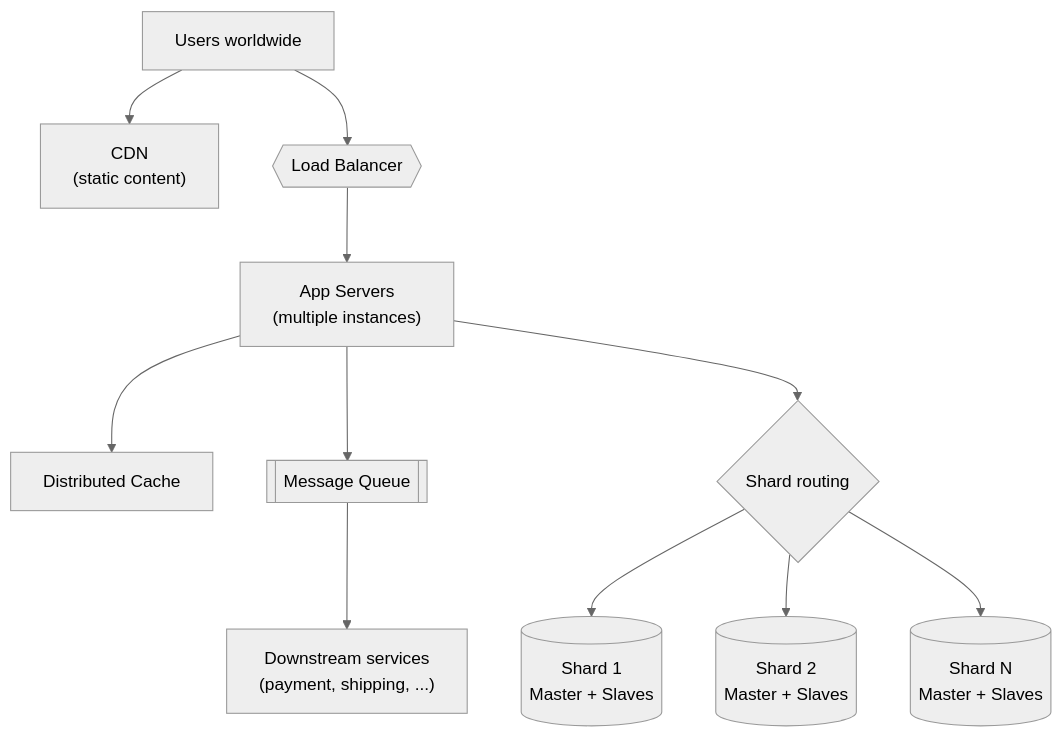
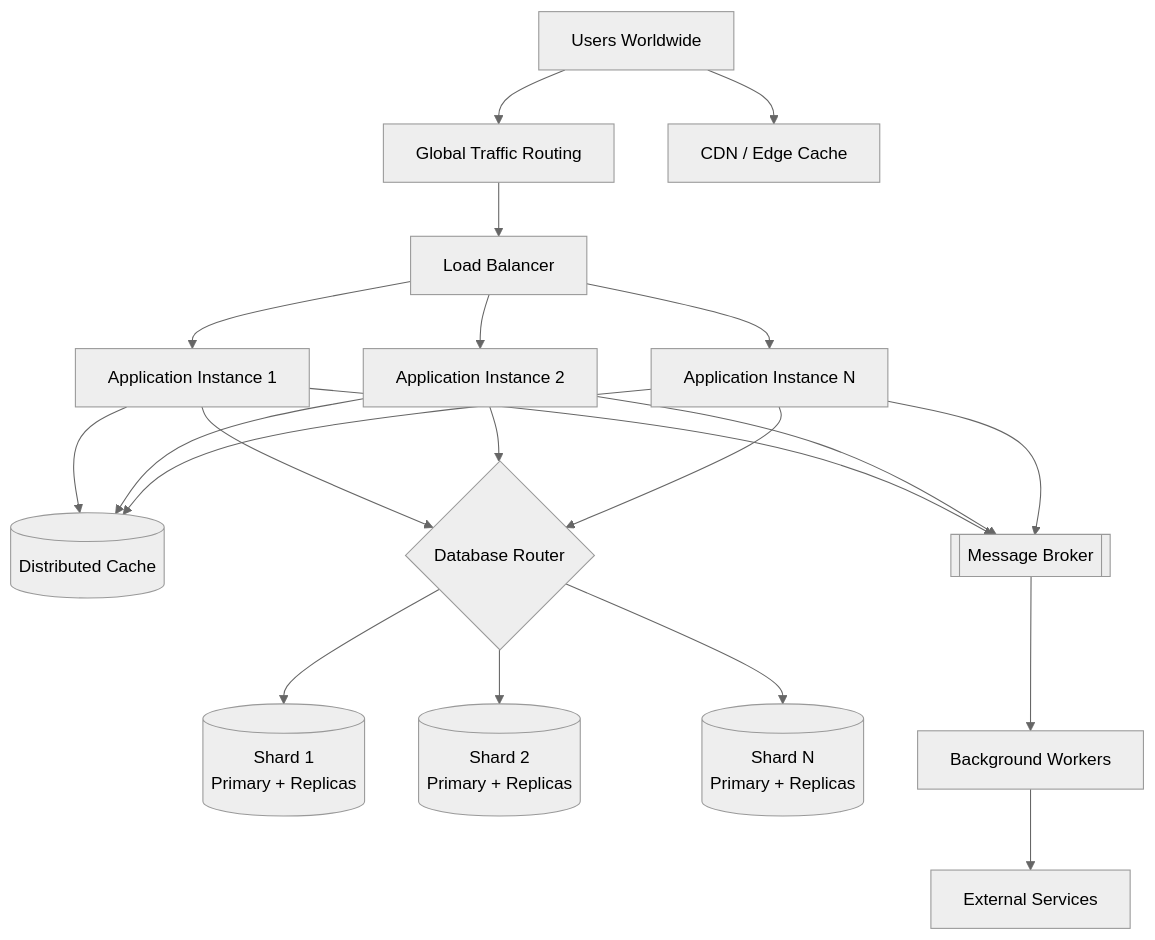
Before and after one commit to HARRISAMIN432/system-design-hld: diagram 18 of 18 in 07_scaling_application_from_one_to_million_users/README.md, drawn with Mermaid (neutral theme). The commit also changed other lines of this file and 11 other files, not shown here.

````diff
--- a/07_scaling_application_from_one_to_million_users/README.md
+++ b/07_scaling_application_from_one_to_million_users/README.md
@@ -396,13 +1431,29 @@
 ```mermaid
 flowchart TB
-    User["Users worldwide"] --> CDN["CDN<br/>(static content)"]
-    User --> LB{{"Load Balancer"}}
-    LB --> App["App Servers<br/>(multiple instances)"]
-    App --> Cache["Distributed Cache"]
-    App --> Q[["Message Queue"]]
-    Q --> Svc["Downstream services<br/>(payment, shipping, ...)"]
-    App --> Router{"Shard routing"}
-    Router --> Sh1[("Shard 1<br/>Master + Slaves")]
-    Router --> Sh2[("Shard 2<br/>Master + Slaves")]
-    Router --> ShN[("Shard N<br/>Master + Slaves")]
+    U["Users Worldwide"] --> DNS["Global Traffic Routing"]
+    U --> CDN["CDN / Edge Cache"]
+
+    DNS --> LB["Load Balancer"]
+    LB --> A1["Application Instance 1"]
+    LB --> A2["Application Instance 2"]
+    LB --> A3["Application Instance N"]
+
+    A1 --> K[("Distributed Cache")]
+    A2 --> K
+    A3 --> K
+
+    A1 --> R{"Database Router"}
+    A2 --> R
+    A3 --> R
+
+    R --> S1[("Shard 1<br/>Primary + Replicas")]
+    R --> S2[("Shard 2<br/>Primary + Replicas")]
+    R --> SN[("Shard N<br/>Primary + Replicas")]
+
+    A1 --> Q[["Message Broker"]]
+    A2 --> Q
+    A3 --> Q
+
+    Q --> W["Background Workers"]
+    W --> X["External Services"]
 ```
````
